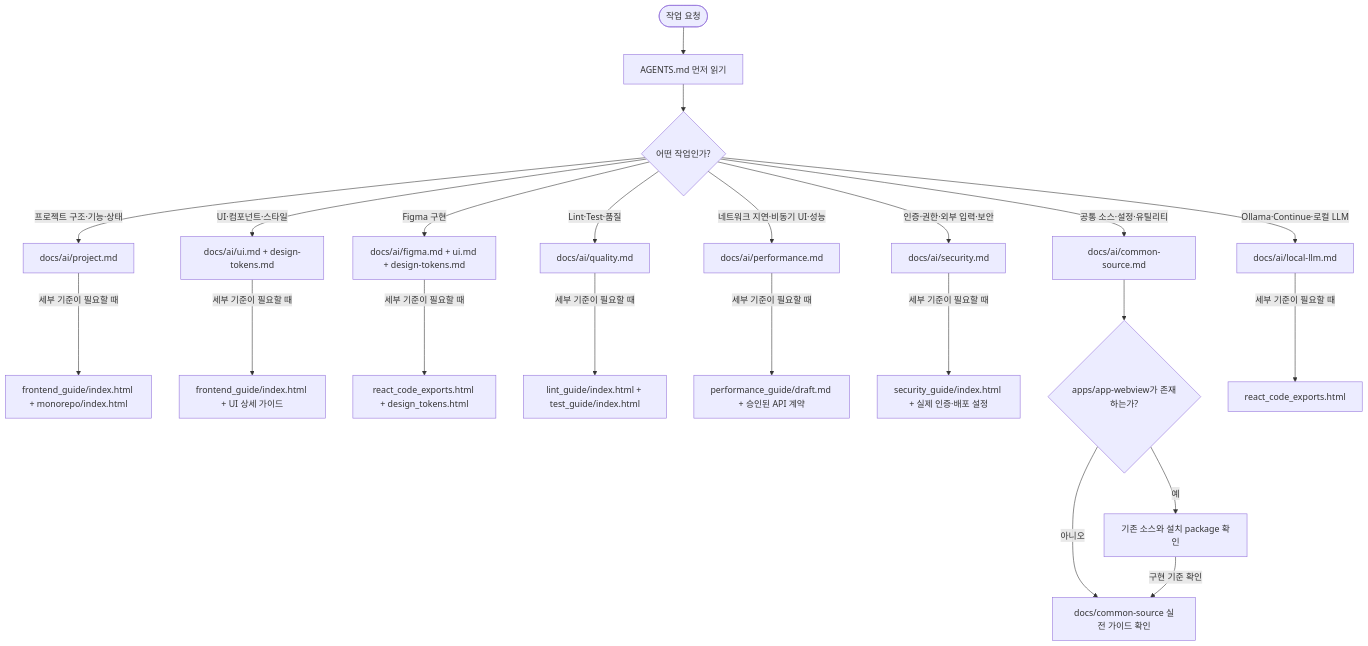
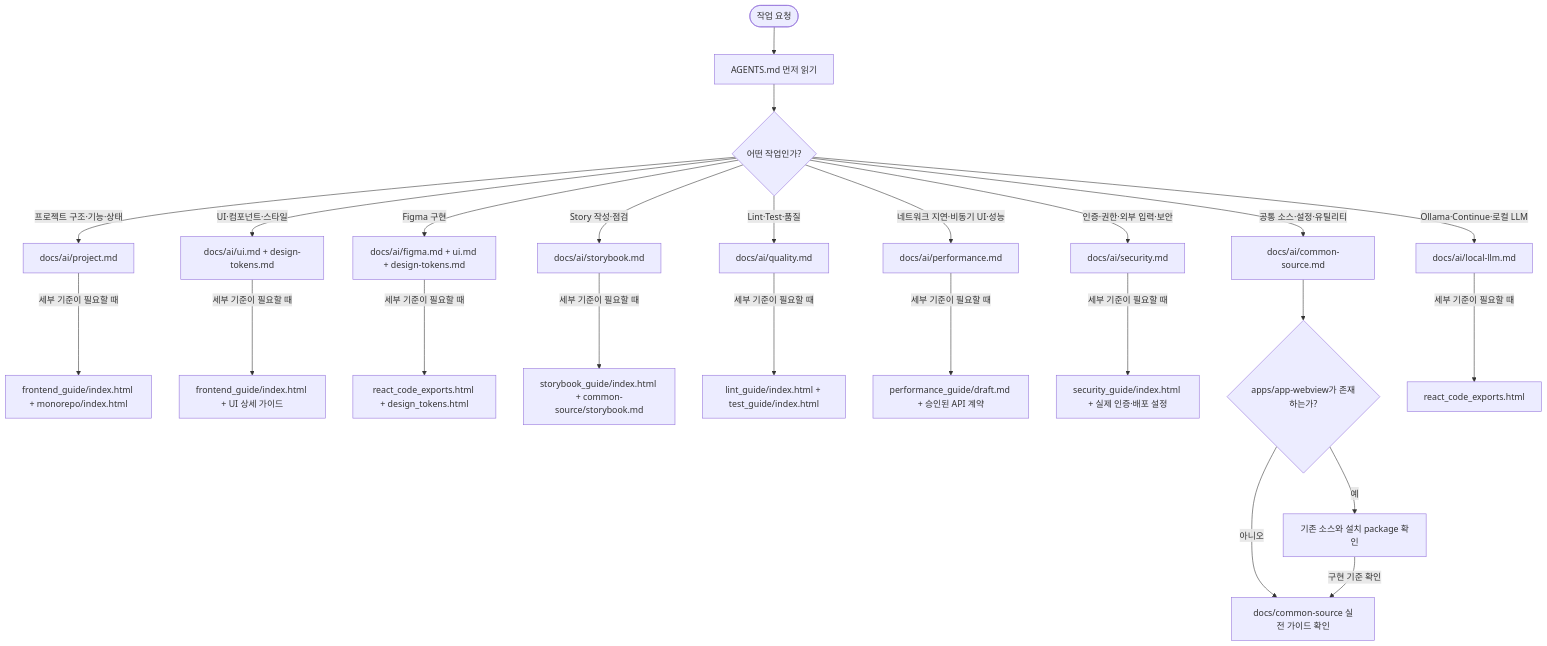
Before and after one commit to minsukong/lounge-docs: the diagram in reference/front-end/AGENTS.md, drawn with Mermaid. The commit also changed other lines of this file and 19 other files, not shown here.

```diff
--- a/reference/front-end/AGENTS.md
+++ b/reference/front-end/AGENTS.md
@@ -65,26 +105,28 @@
   <div class="mermaid">
 flowchart TD
   accTitle: AI의 Front-end 가이드 확인 흐름
   accDescr: AI는 작업 요청을 받으면 AGENTS.md를 먼저 읽고 작업 종류에 맞는 docs/ai 요약 문서를 선택한 뒤, 세부 기준이 필요할 때만 연결된 상세 가이드를 확인합니다.
   A([작업 요청]) --> B["AGENTS.md 먼저 읽기"]
   B --> C{"어떤 작업인가?"}
   C -->|"프로젝트 구조·기능·상태"| P["docs/ai/project.md"]
   C -->|"UI·컴포넌트·스타일"| U["docs/ai/ui.md + design-tokens.md"]
   C -->|"Figma 구현"| F["docs/ai/figma.md + ui.md + design-tokens.md"]
+  C -->|"Story 작성·점검"| SB["docs/ai/storybook.md"]
   C -->|"Lint·Test·품질"| Q["docs/ai/quality.md"]
   C -->|"네트워크 지연·비동기 UI·성능"| N["docs/ai/performance.md"]
   C -->|"인증·권한·외부 입력·보안"| S["docs/ai/security.md"]
   C -->|"공통 소스·설정·유틸리티"| CS["docs/ai/common-source.md"]
   C -->|"Ollama·Continue·로컬 LLM"| L["docs/ai/local-llm.md"]
   P -->|"세부 기준이 필요할 때"| PH["frontend_guide/index.html + monorepo/index.html"]
   U -->|"세부 기준이 필요할 때"| UH["frontend_guide/index.html + UI 상세 가이드"]
   F -->|"세부 기준이 필요할 때"| FH["react_code_exports.html + design_tokens.html"]
+  SB -->|"세부 기준이 필요할 때"| SBH["storybook_guide/index.html + common-source/storybook.md"]
   Q -->|"세부 기준이 필요할 때"| QH["lint_guide/index.html + test_guide/index.html"]
   N -->|"세부 기준이 필요할 때"| NH["performance_guide/draft.md + 승인된 API 계약"]
   S -->|"세부 기준이 필요할 때"| SH["security_guide/index.html + 실제 인증·배포 설정"]
   CS --> CSR{"apps/app-webview가 존재하는가?"}
   CSR -->|"예"| CSS["기존 소스와 설치 package 확인"]
   CSR -->|"아니오"| CSH["docs/common-source 실전 가이드 확인"]
   CSS -->|"구현 기준 확인"| CSH
   L -->|"세부 기준이 필요할 때"| LH["react_code_exports.html"]
   </div>
```
